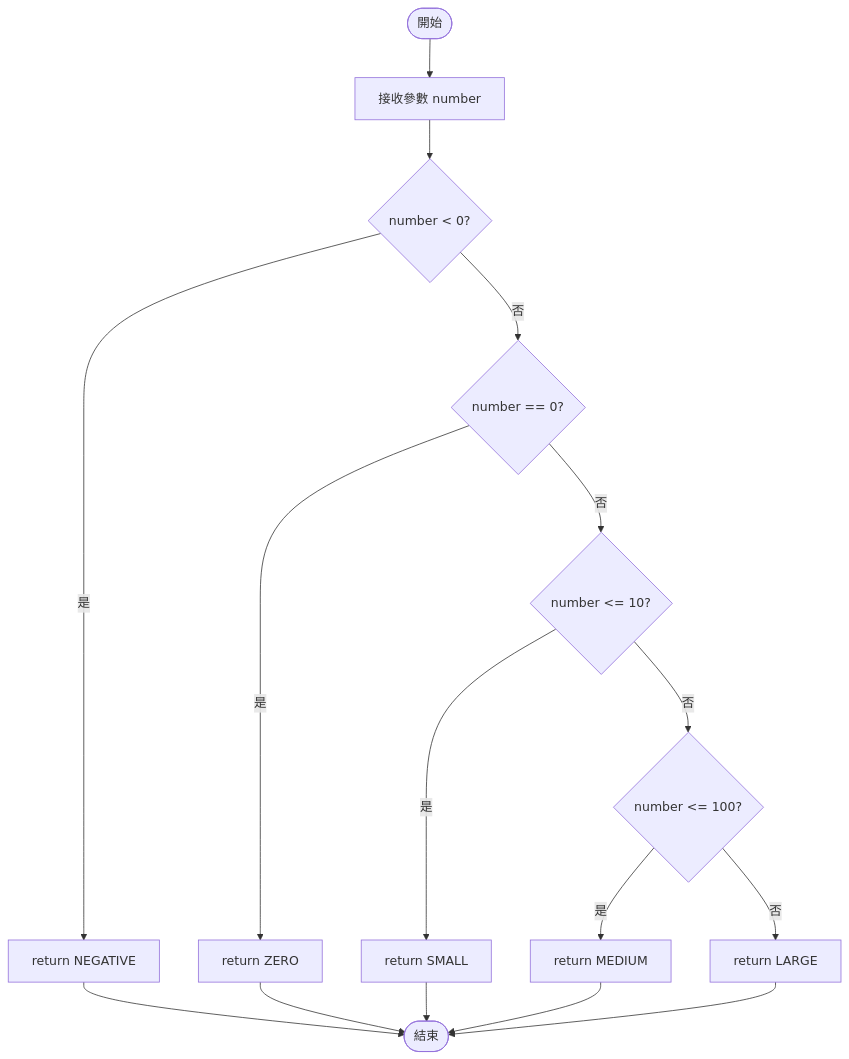
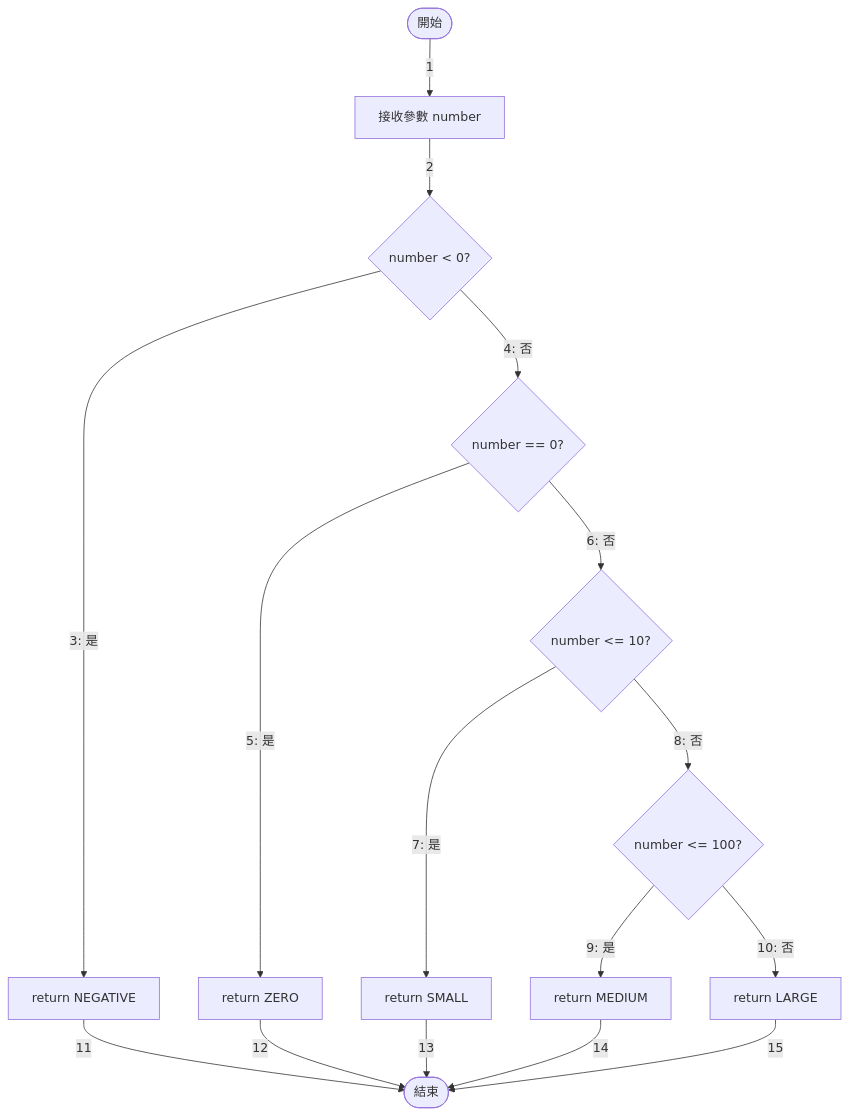
The first of 7 diagrams in test_report_flow.md (leecheenbao/ntou-sfm-homework), drawn with Mermaid before and after one commit. The commit also changed other lines of this file, not shown here.

Commit message:
update: test flow

````diff
--- a/test_report_flow.md
+++ b/test_report_flow.md
@@ -5,18 +5,18 @@
 ```mermaid
 flowchart TD
-    Start([開始]) --> Input["接收參數 number"]
-    Input --> Check1{"number < 0?"}
-    Check1 -->|是| Return1["return NEGATIVE"]
-    Check1 -->|否| Check2{"number == 0?"}
-    Check2 -->|是| Return2["return ZERO"]
-    Check2 -->|否| Check3{"number <= 10?"}
-    Check3 -->|是| Return3["return SMALL"]
-    Check3 -->|否| Check4{"number <= 100?"}
-    Check4 -->|是| Return4["return MEDIUM"]
-    Check4 -->|否| Return5["return LARGE"]
-    Return1 --> End([結束])
-    Return2 --> End
-    Return3 --> End
-    Return4 --> End
-    Return5 --> End
+    Start([開始]) -->|1| Input["接收參數 number"]
+    Input -->|2| Check1{"number < 0?"}
+    Check1 -->|3: 是| Return1["return NEGATIVE"]
+    Check1 -->|4: 否| Check2{"number == 0?"}
+    Check2 -->|5: 是| Return2["return ZERO"]
+    Check2 -->|6: 否| Check3{"number <= 10?"}
+    Check3 -->|7: 是| Return3["return SMALL"]
+    Check3 -->|8: 否| Check4{"number <= 100?"}
+    Check4 -->|9: 是| Return4["return MEDIUM"]
+    Check4 -->|10: 否| Return5["return LARGE"]
+    Return1 -->|11| End([結束])
+    Return2 -->|12| End
+    Return3 -->|13| End
+    Return4 -->|14| End
+    Return5 -->|15| End
 ```
````
